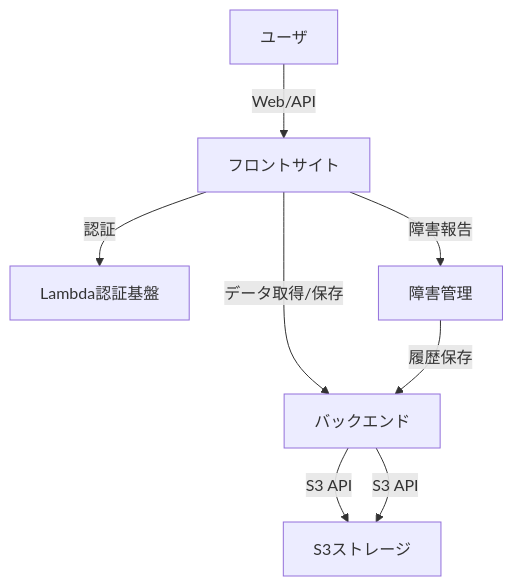
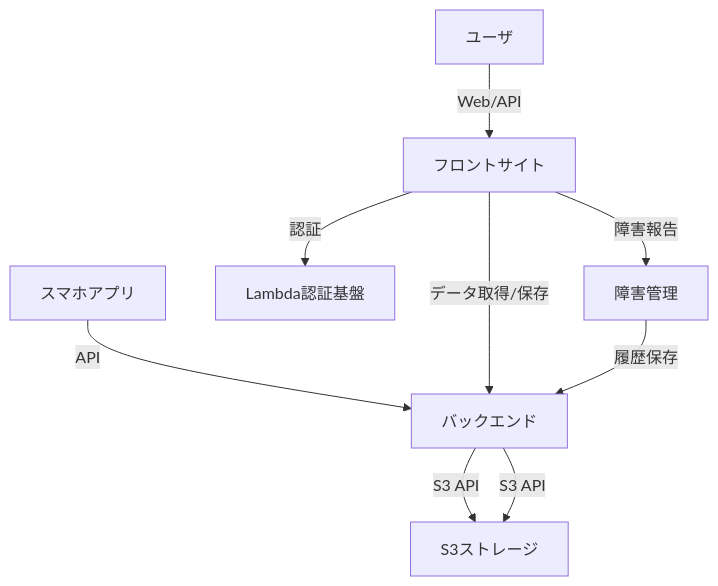
One commit to deidra-JP-windows/front-web-site-for-riften-terraform changed the diagram in diagram/データフロー図.md. Above: the diagram before and after it, drawn with Mermaid. The commit also changed 3 other files, not shown here.

````diff
--- a/diagram/データフロー図.md
+++ b/diagram/データフロー図.md
@@ -1,10 +1,11 @@
 ```mermaid
 flowchart TD
   A[ユーザ] -->|Web/API| B[フロントサイト]
+  APP[スマホアプリ] -->|API| F[バックエンド]
   B -->|認証| C[Lambda認証基盤]
-  B -->|データ取得/保存| F[バックエンド]
+  B -->|データ取得/保存| F
   F -->|S3 API| D[S3ストレージ]
   B -->|障害報告| E[障害管理]
   E -->|履歴保存| F
   F -->|S3 API| D
 ```
````
